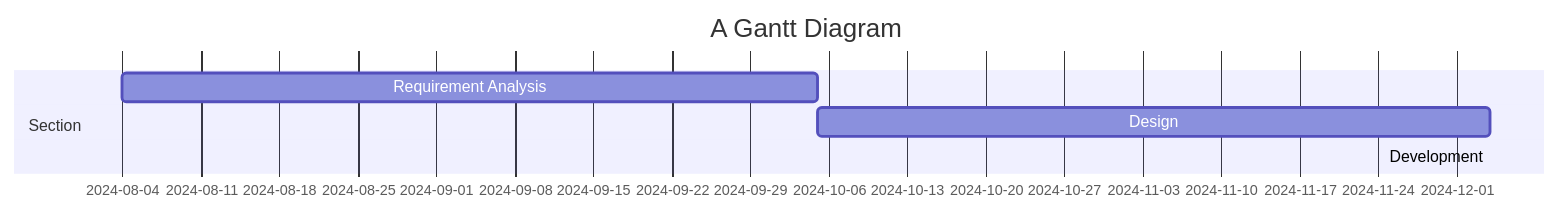
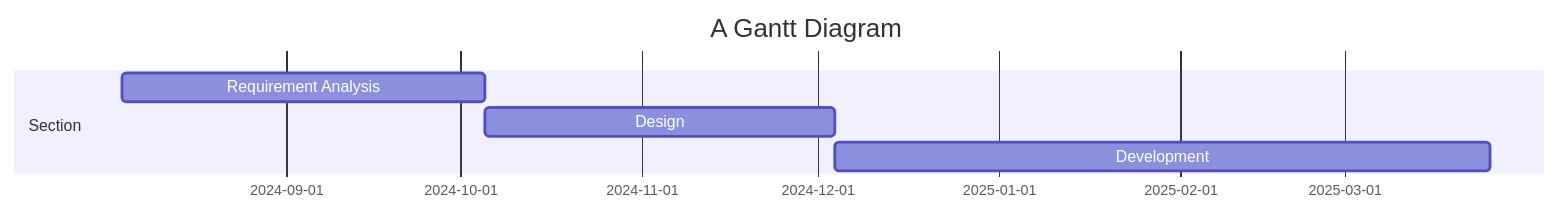
Before and after one commit to sayshelley/iodraw-files: the diagram in all/Code Gantt Chart.md, drawn with Mermaid.

Commit message:
2024-10-04 15:46:29 update

````diff
--- a/all/Code Gantt Chart.md
+++ b/all/Code Gantt Chart.md
@@ -1,13 +1,14 @@
 ```mermaid
 gantt
     title A Gantt Diagram
     dateFormat  YYYY-MM-DD
     section Section
     Requirement Analysis        :a1, 2024-08-04, 62d
     Design :a2, after a1, 60d
-    Development: a3, after a2, 
+    Development: a3, after a2, 112d
+    
     
 
 
    
 ```
````
